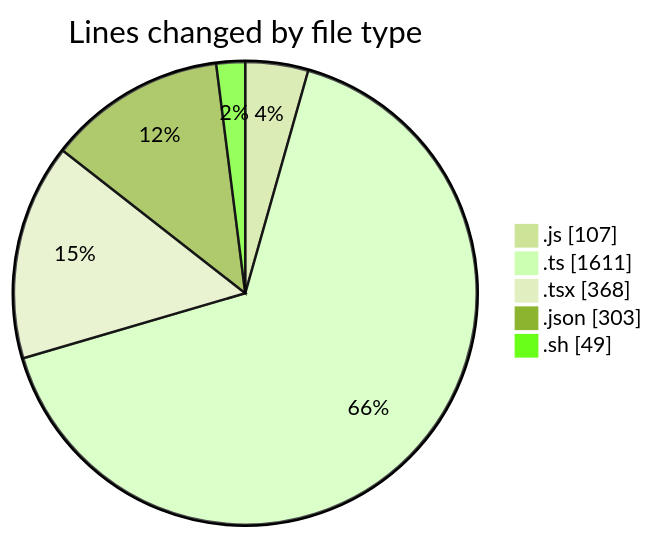
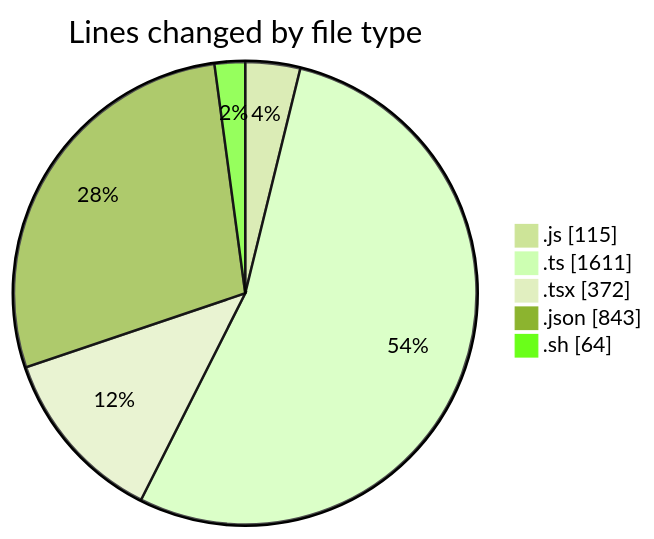
One commit to EIIisD/code-tracking changed the first of 2 diagrams in 2025-07-14/ribbon/README.md. Above: the diagram before and after it, drawn with Mermaid (forest theme). The commit also changed other lines of this file and 1 other file, not shown here.

````diff
--- a/2025-07-14/ribbon/README.md
+++ b/2025-07-14/ribbon/README.md
@@ -36,9 +37,9 @@
 ```mermaid
 pie showData
 title Lines changed by file type
-".js" : 107
+".js" : 115
 ".ts" : 1611
-".tsx" : 368
-".json" : 303
-".sh" : 49
+".tsx" : 372
+".json" : 843
+".sh" : 64
 ```
````
